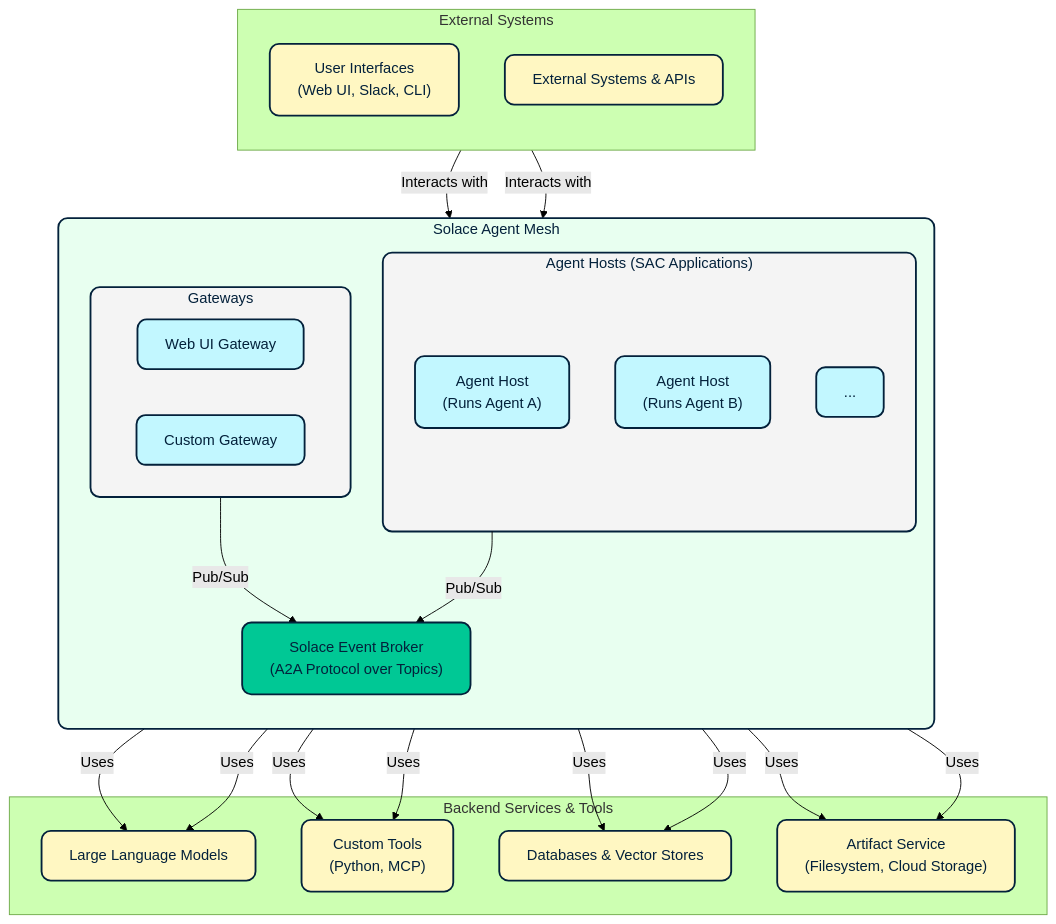
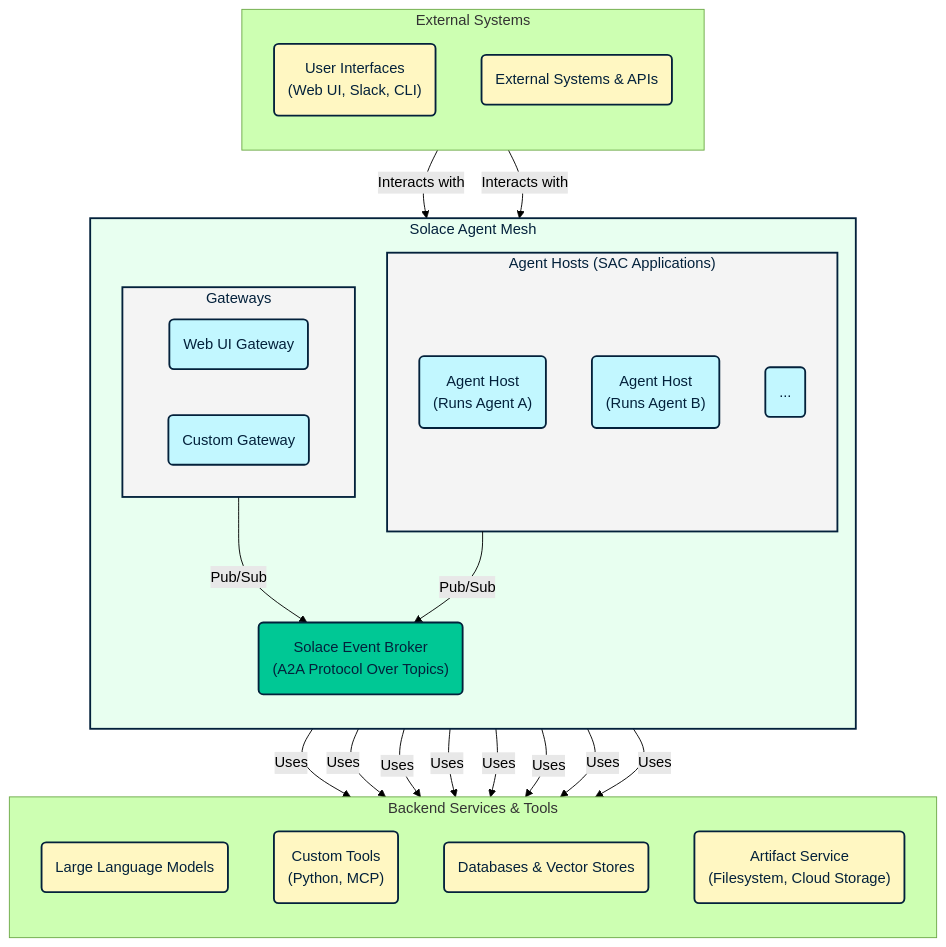
The diagram in docs/docs/documentation/getting-started/architecture.md (SolaceLabs/solace-agent-mesh), drawn with Mermaid (forest theme) before and after one commit. The commit also changed 36 other files, not shown here.

````diff
--- a/docs/docs/documentation/getting-started/architecture.md
+++ b/docs/docs/documentation/getting-started/architecture.md
@@ -25,67 +25,69 @@
 ```mermaid
-graph TD
+graph TB
     subgraph External Systems
         direction TB
-        UserInterfaces["User Interfaces<br/>(Web UI, Slack, CLI)"]
-        APIs["External Systems & APIs"]
+        UserInterfaces("User Interfaces<br/>(Web UI, Slack, CLI)")
+        APIs("External Systems & APIs")
     end
 
-    subgraph SolaceAgentMesh [Solace Agent Mesh]
+    subgraph SolaceAgentMesh ["Solace Agent Mesh"]
         direction TB
         subgraph Gateways
-            WebUIGateway["Web UI Gateway"]
-            CustomGateway["Custom Gateway"]
+            WebUIGateway("Web UI Gateway")
+            CustomGateway("Custom Gateway")
         end
 
-        Broker["Solace Event Broker<br/>(A2A Protocol over Topics)"]
+        Broker("Solace Event Broker<br/>(A2A Protocol Over Topics)")
 
         subgraph AgentHosts ["Agent Hosts (SAC Applications)"]
-            AgentHost1["Agent Host<br/>(Runs Agent A)"]
-            AgentHost2["Agent Host<br/>(Runs Agent B)"]
-            AgentHostN["..."]
+            AgentHost1("Agent Host<br/>(Runs Agent A)")
+            AgentHost2("Agent Host<br/>(Runs Agent B)")
+            AgentHostN("...")
         end
     end
 
     subgraph BackendServices [Backend Services & Tools]
-        LLM["Large Language Models"]
-        CustomTools["Custom Tools<br/>(Python, MCP)"]
-        DataStores["Databases & Vector Stores"]
-        ArtifactService["Artifact Service<br/>(Filesystem, Cloud Storage)"]
+        direction TB
+        LLM("Large Language Models")
+        CustomTools("Custom Tools<br/>(Python, MCP)")
+        DataStores("Databases & Vector Stores")
+        ArtifactService("Artifact Service<br/>(Filesystem, Cloud Storage)")
     end
 
     %% Connections
     UserInterfaces -- Interacts with --> Gateways
     APIs -- Interacts with --> Gateways
 
     Gateways -- Pub/Sub --> Broker
     AgentHosts -- Pub/Sub --> Broker
 
     AgentHost1 -- Uses --> LLM
     AgentHost1 -- Uses --> CustomTools
     AgentHost1 -- Uses --> DataStores
     AgentHost1 -- Uses --> ArtifactService
 
     AgentHost2 -- Uses --> LLM
     AgentHost2 -- Uses --> CustomTools
     AgentHost2 -- Uses --> DataStores
     AgentHost2 -- Uses --> ArtifactService
 
+
     %% Styling
-    classDef externalBoxes fill:#FFF7C2,stroke:#03213B,stroke-width:2px,color:#03213B,rx:10,ry:10;
-    classDef gatewayContainer fill:#F4F4F4,stroke:#03213B,stroke-width:2px,color:#03213B,rx:10,ry:10;
-    classDef gatewayBoxes fill:#C2F7FF,stroke:#03213B,stroke-width:2px,color:#03213B,rx:10,ry:10;
-    classDef mesh fill:#E8FFF0,stroke:#03213B,stroke-width:2px,color:#03213B,rx:10,ry:10;
-    classDef broker fill:#00C895,stroke:#03213B,stroke-width:2px,color:#03213B,rx:10,ry:10;
-    classDef agentContainer fill:#F4F4F4,stroke:#03213B,stroke-width:2px,color:#03213B,rx:10,ry:10;
-    classDef agentBoxes fill:#C2F7FF,stroke:#03213B,stroke-width:2px,color:#03213B,rx:10,ry:10;
-    classDef serviceBoxes fill:#FFF7C2,stroke:#03213B,stroke-width:2px,color:#03213B,rx:10,ry:10
+    classDef externalBoxes fill:#FFF7C2,stroke:#03213B,stroke-width:2px,color:#03213B;
+    classDef gatewayContainer fill:#F4F4F4,stroke:#03213B,stroke-width:2px,color:#03213B;
+    classDef gatewayBoxes fill:#C2F7FF,stroke:#03213B,stroke-width:2px,color:#03213B;
+    classDef mesh fill:#E8FFF0,stroke:#03213B,stroke-width:2px,color:#03213B;
+    classDef broker fill:#00C895,stroke:#03213B,stroke-width:2px,color:#03213B;
+    classDef agentContainer fill:#F4F4F4,stroke:#03213B,stroke-width:2px,color:#03213B;
+    classDef agentBoxes fill:#C2F7FF,stroke:#03213B,stroke-width:2px,color:#03213B;
+    classDef serviceBoxes fill:#FFF7C2,stroke:#03213B,stroke-width:2px,color:#03213B
 
     class UserInterfaces,APIs externalBoxes;
     class WebUIGateway,CustomGateway gatewayBoxes;
     class Gateways gatewayContainer;
     class Broker broker;
     class SolaceAgentMesh mesh;
     class AgentHosts agentContainer;
     class AgentHost1,AgentHost2,AgentHostN agentBoxes;
     class LLM,CustomTools,DataStores,ArtifactService serviceBoxes;
 ```
````
